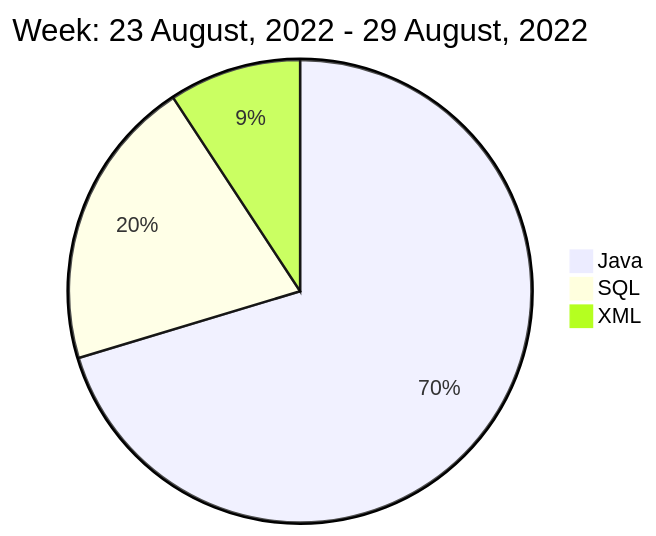
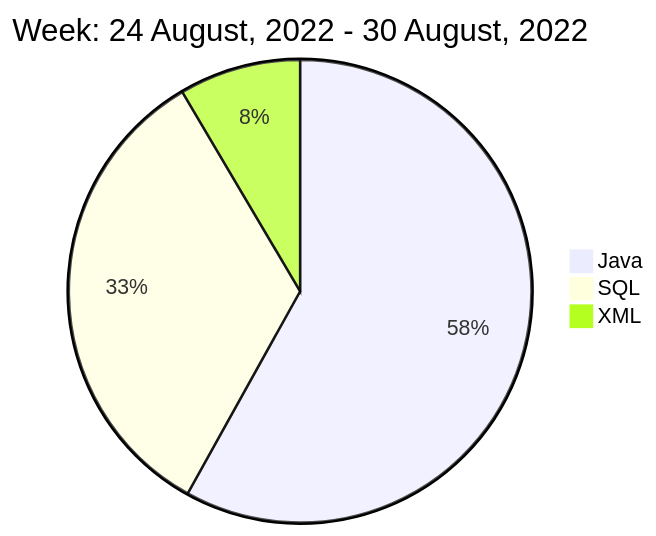
Before and after one commit to liubin95/liubin95: the diagram in README.md, drawn with Mermaid.

Commit message:
Updated the Graph with new Metrics

````diff
--- a/README.md
+++ b/README.md
@@ -40,7 +40,7 @@
 ```mermaid
  pie
-title Week: 23 August, 2022 - 29 August, 2022
- "Java" : 4.72
- "SQL" : 1.37
- "XML" : 0.62
+title Week: 24 August, 2022 - 30 August, 2022
+ "Java" : 2.05
+ "SQL" : 1.18
+ "XML" : 0.3
 ```
````
